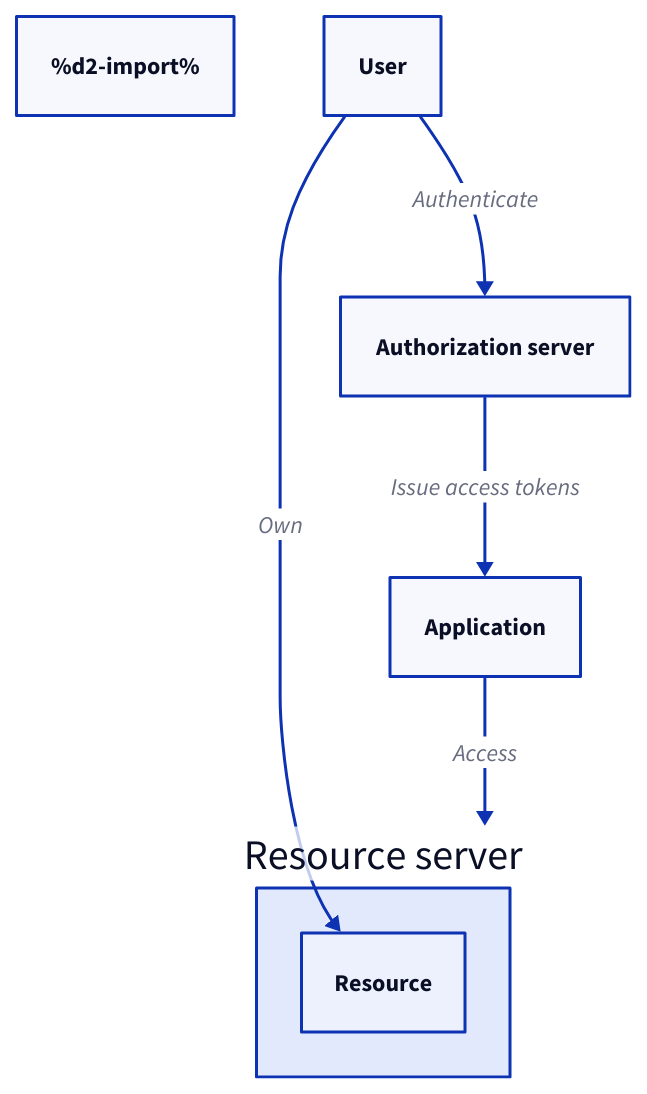
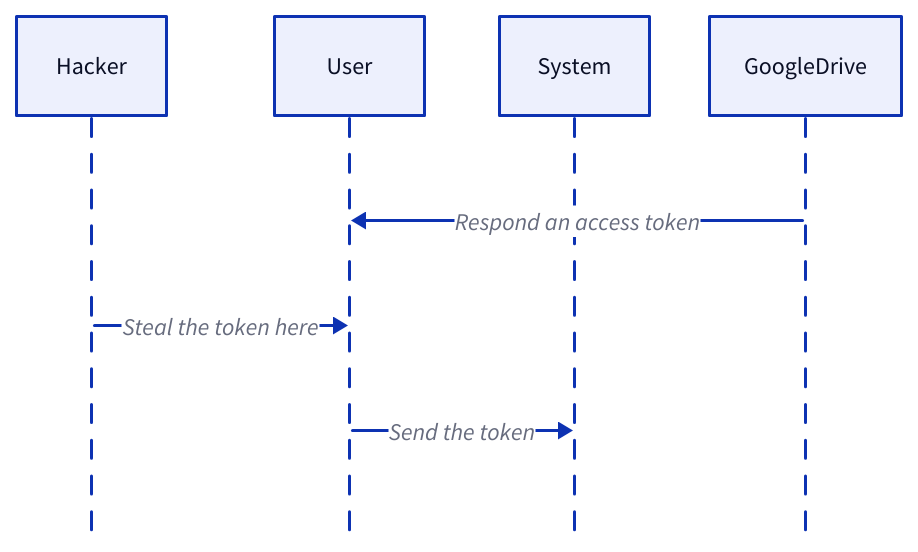
One commit to link1905/system-design-101 changed diagram 20 of 23 in content/docs/system-administration/system-protection/iam.md. Above: the diagram before and after it, drawn with D2. The commit also changed other lines of this file and 4 other files, not shown here.

````diff
--- a/content/docs/system-administration/system-protection/iam.md
+++ b/content/docs/system-administration/system-protection/iam.md
@@ -581,21 +728,20 @@
 ```d2
-%d2-import%
-user: User {
-  class: user
+shape: sequence_diagram
+h: Hacker {
+  class: hacker
 }
-r: Resource server {
-  r: Resource {
-    class: res
-  }
+u: User {
+  class: client
 }
-app: Application {
-  class: process
-}
-auth: Authorization server {
+s: System {
   class: server
 }
-user -> r.r: Own
-user -> auth: Authenticate
-auth -> app: Issue access tokens
-app -> r: Access
+g: GoogleDrive {
+  class: google
+}
+g -> u: Respond an access token
+h -> u: Steal the token here {
+  class: error-conn
+}
+u -> s: Send the token
 ```
````
